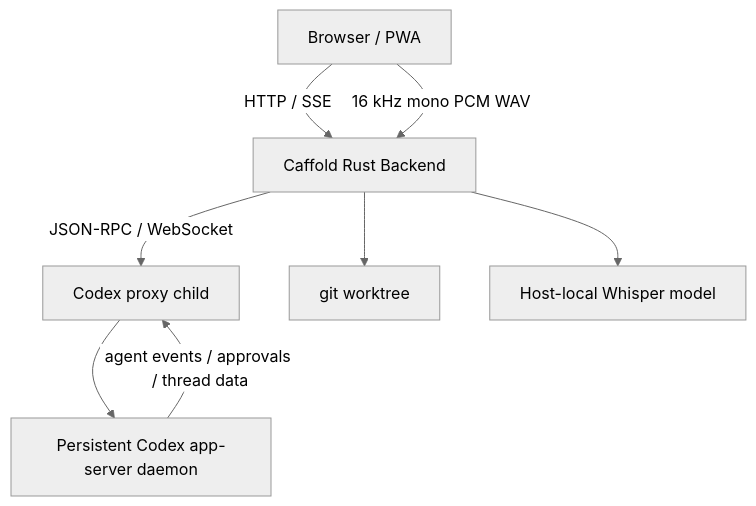
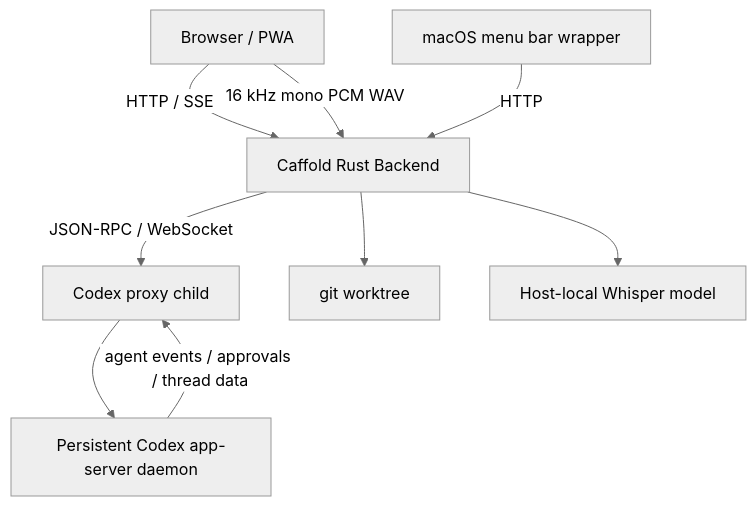
The diagram in docs/architecture/overview.md (panarch/caffold), drawn with Mermaid (neutral theme) before and after one commit. The commit also changed other lines of this file and 68 other files, not shown here.

````diff
--- a/docs/architecture/overview.md
+++ b/docs/architecture/overview.md
@@ -10,17 +10,19 @@
 ```mermaid
 flowchart TD
     PWA["Browser / PWA"]
+    MacWrapper["macOS menu bar wrapper"]
     Backend["Caffold Rust Backend"]
     Proxy["Codex proxy child"]
     AppServer["Persistent Codex app-server daemon"]
     Git["git worktree"]
     Whisper["Host-local Whisper model"]
 
     PWA -->|"HTTP / SSE"| Backend
     PWA -->|"16 kHz mono PCM WAV"| Backend
+    MacWrapper -->|"HTTP"| Backend
     Backend -->|"JSON-RPC / WebSocket"| Proxy
     Proxy --> AppServer
     Backend --> Git
     Backend --> Whisper
     AppServer -->|"agent events / approvals / thread data"| Proxy
 ```
````
